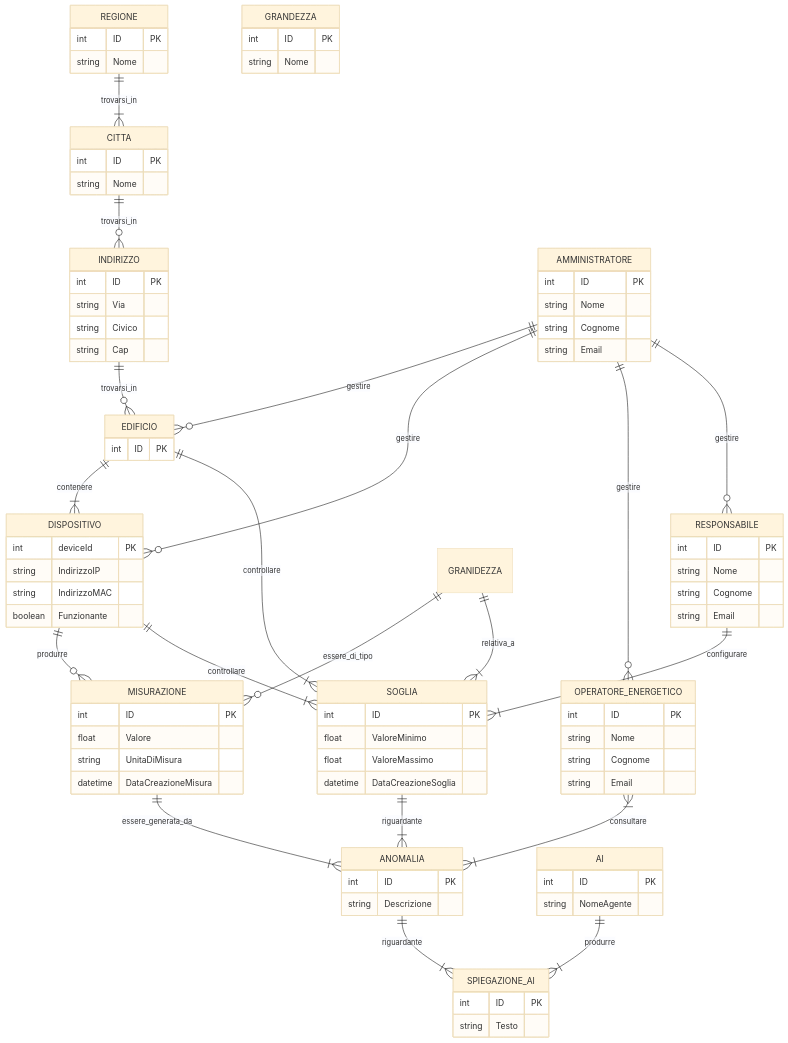
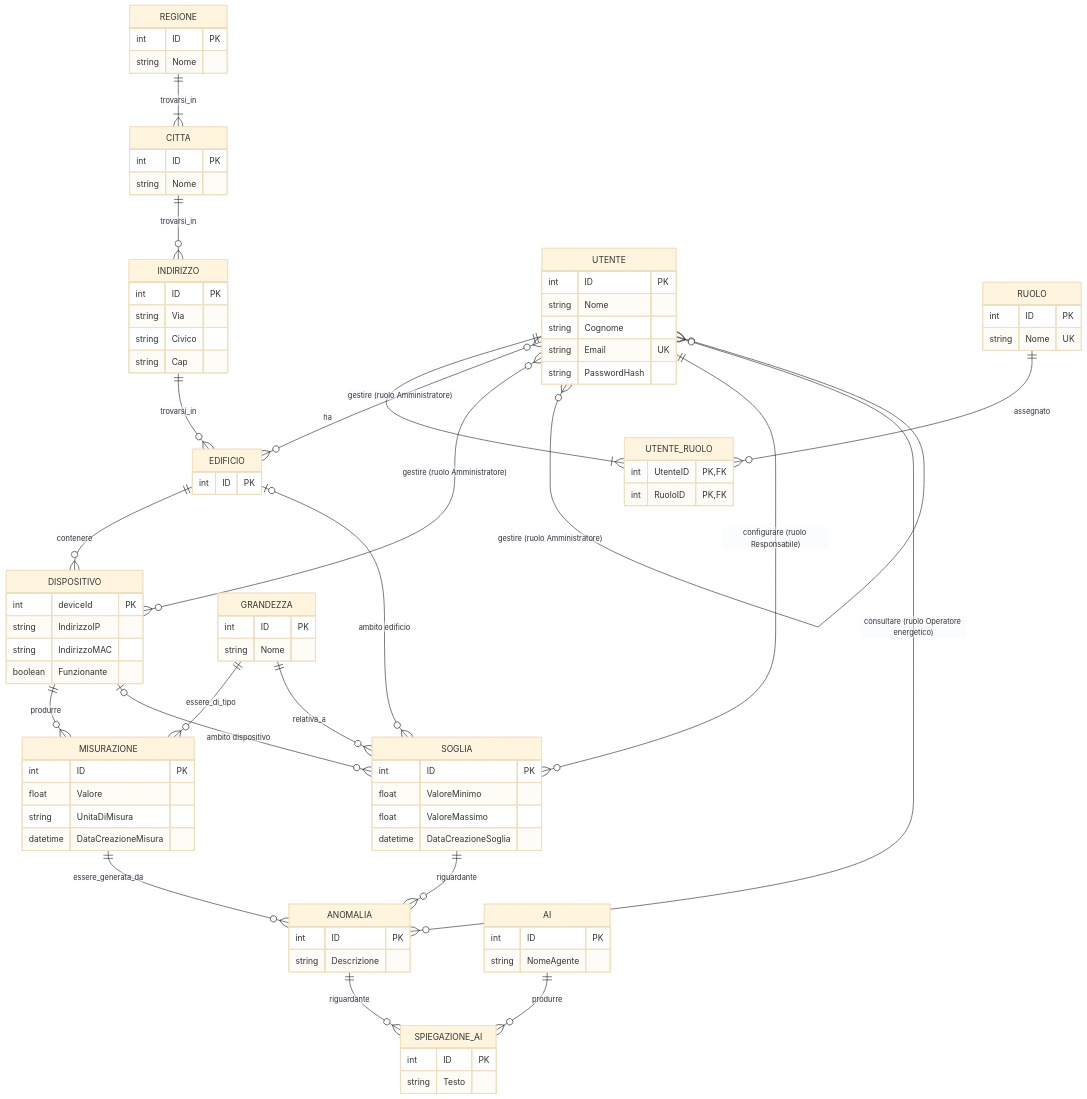
The diagram in docs/data-model.md (RickdoMasco/EnergyMonitor_UF14), drawn with Mermaid (base theme) before and after one commit. The commit also changed other lines of this file and 15 other files, not shown here.

````diff
--- a/docs/data-model.md
+++ b/docs/data-model.md
@@ -249,55 +276,53 @@
         string NomeAgente
     }
 
-    AMMINISTRATORE {
+    UTENTE {
         int ID PK
         string Nome
         string Cognome
-        string Email
+        string Email UK
+        string PasswordHash
     }
 
-    OPERATORE_ENERGETICO {
+    RUOLO {
         int ID PK
-        string Nome
-        string Cognome
-        string Email
+        string Nome UK
     }
 
-    RESPONSABILE {
-        int ID PK
-        string Nome
-        string Cognome
-        string Email
+    UTENTE_RUOLO {
+        int UtenteID PK, FK
+        int RuoloID PK, FK
     }
 
     %% Relazioni Geografiche e Infrastruttura
     REGIONE ||--|{ CITTA : "trovarsi_in"
     CITTA ||--o{ INDIRIZZO : "trovarsi_in"
     INDIRIZZO ||--o{ EDIFICIO : "trovarsi_in"
-    EDIFICIO ||--|{ DISPOSITIVO : "contenere"
+    EDIFICIO ||--o{ DISPOSITIVO : "contenere"
 
-    %% Relazioni Amministratore (Gestione)
-    AMMINISTRATORE ||--o{ EDIFICIO : "gestire"
-    AMMINISTRATORE ||--o{ DISPOSITIVO : "gestire"
-    AMMINISTRATORE ||--o{ OPERATORE_ENERGETICO : "gestire"
-    AMMINISTRATORE ||--o{ RESPONSABILE : "gestire"
+    %% Identita e autorizzazioni
+    UTENTE ||--|{ UTENTE_RUOLO : "ha"
+    RUOLO ||--o{ UTENTE_RUOLO : "assegnato"
+    UTENTE }o--o{ EDIFICIO : "gestire (ruolo Amministratore)"
+    UTENTE }o--o{ DISPOSITIVO : "gestire (ruolo Amministratore)"
+    UTENTE }o--o{ UTENTE : "gestire (ruolo Amministratore)"
 
     %% Relazioni Misure e Grandezze
     DISPOSITIVO ||--o{ MISURAZIONE : "produrre"
-    GRANIDEZZA ||--o{ MISURAZIONE : "essere_di_tipo"
+    GRANDEZZA ||--o{ MISURAZIONE : "essere_di_tipo"
 
     %% Relazioni Soglie e Controlli
-    GRANIDEZZA ||--|{ SOGLIA : "relativa_a"
-    RESPONSABILE ||--|{ SOGLIA : "configurare"
-    EDIFICIO ||--|{ SOGLIA : "controllare"
-    DISPOSITIVO ||--|{ SOGLIA : "controllare"
+    GRANDEZZA ||--o{ SOGLIA : "relativa_a"
+    UTENTE ||--o{ SOGLIA : "configurare (ruolo Responsabile)"
+    EDIFICIO o|--o{ SOGLIA : "ambito edificio"
+    DISPOSITIVO o|--o{ SOGLIA : "ambito dispositivo"
 
     %% Relazioni Anomalie e Consultazione
-    MISURAZIONE ||--|{ ANOMALIA : "essere_generata_da"
-    SOGLIA ||--|{ ANOMALIA : "riguardante"
-    OPERATORE_ENERGETICO }|--|{ ANOMALIA : "consultare"
+    MISURAZIONE ||--o{ ANOMALIA : "essere_generata_da"
+    SOGLIA ||--o{ ANOMALIA : "riguardante"
+    UTENTE }o--o{ ANOMALIA : "consultare (ruolo Operatore energetico)"
 
     %% Relazioni AI
-    AI ||--|{ SPIEGAZIONE_AI : "produrre"
-    ANOMALIA ||--|{ SPIEGAZIONE_AI : "riguardante"
+    AI ||--o{ SPIEGAZIONE_AI : "produrre"
+    ANOMALIA ||--o{ SPIEGAZIONE_AI : "riguardante"
 ```
````
